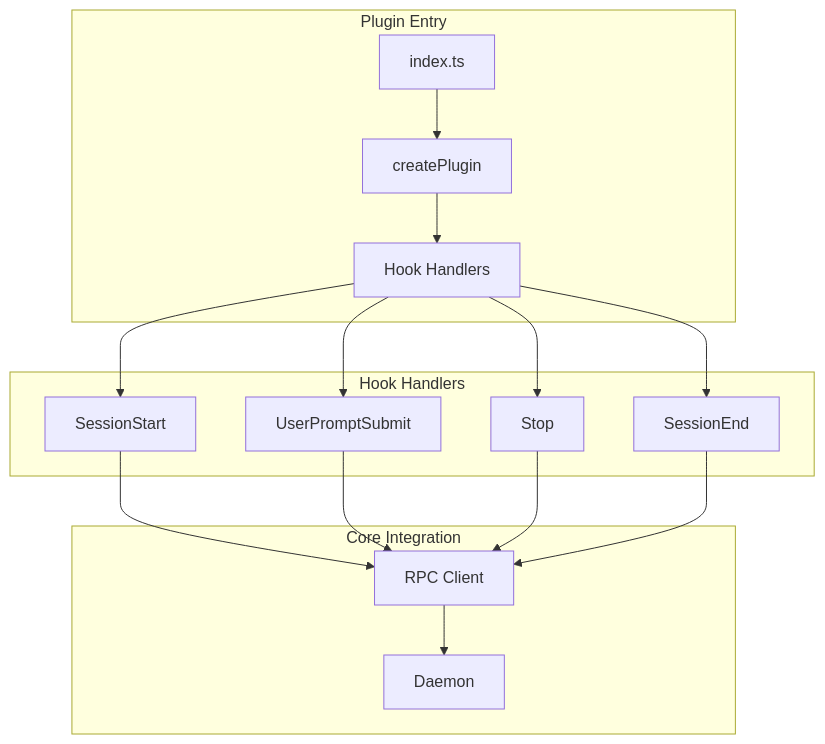
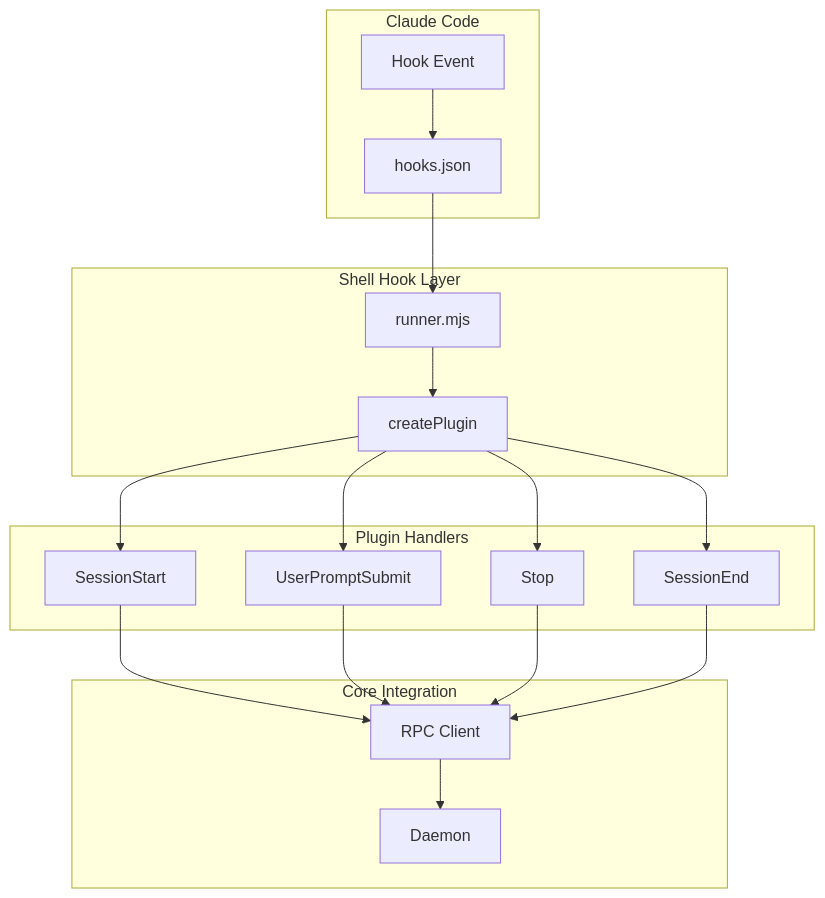
The diagram in lode/claude/plugin-system.md (dxta-dev/clankers), drawn with Mermaid before and after one commit. The commit also changed other lines of this file and 6 other files, not shown here.

Commit message:
claude code debugged, now working

````diff
--- a/lode/claude/plugin-system.md
+++ b/lode/claude/plugin-system.md
@@ -20,23 +22,27 @@
 ```mermaid
 flowchart TB
-    subgraph "Plugin Entry"
-        A[index.ts] --> B[createPlugin]
-        B --> C[Hook Handlers]
+    subgraph "Claude Code"
+        A[Hook Event] --> B[hooks.json]
     end
-    
-    subgraph "Hook Handlers"
-        C --> D[SessionStart]
-        C --> E[UserPromptSubmit]
-        C --> F[Stop]
-        C --> G[SessionEnd]
+
+    subgraph "Shell Hook Layer"
+        B --> C[runner.mjs]
+        C --> D[createPlugin]
     end
-    
+
+    subgraph "Plugin Handlers"
+        D --> E[SessionStart]
+        D --> F[UserPromptSubmit]
+        D --> G[Stop]
+        D --> H[SessionEnd]
+    end
+
     subgraph "Core Integration"
-        H[RPC Client] --> I[Daemon]
+        I[RPC Client] --> J[Daemon]
     end
-    
-    D --> H
-    E --> H
-    F --> H
-    G --> H
+
+    E --> I
+    F --> I
+    G --> I
+    H --> I
 ```
````
